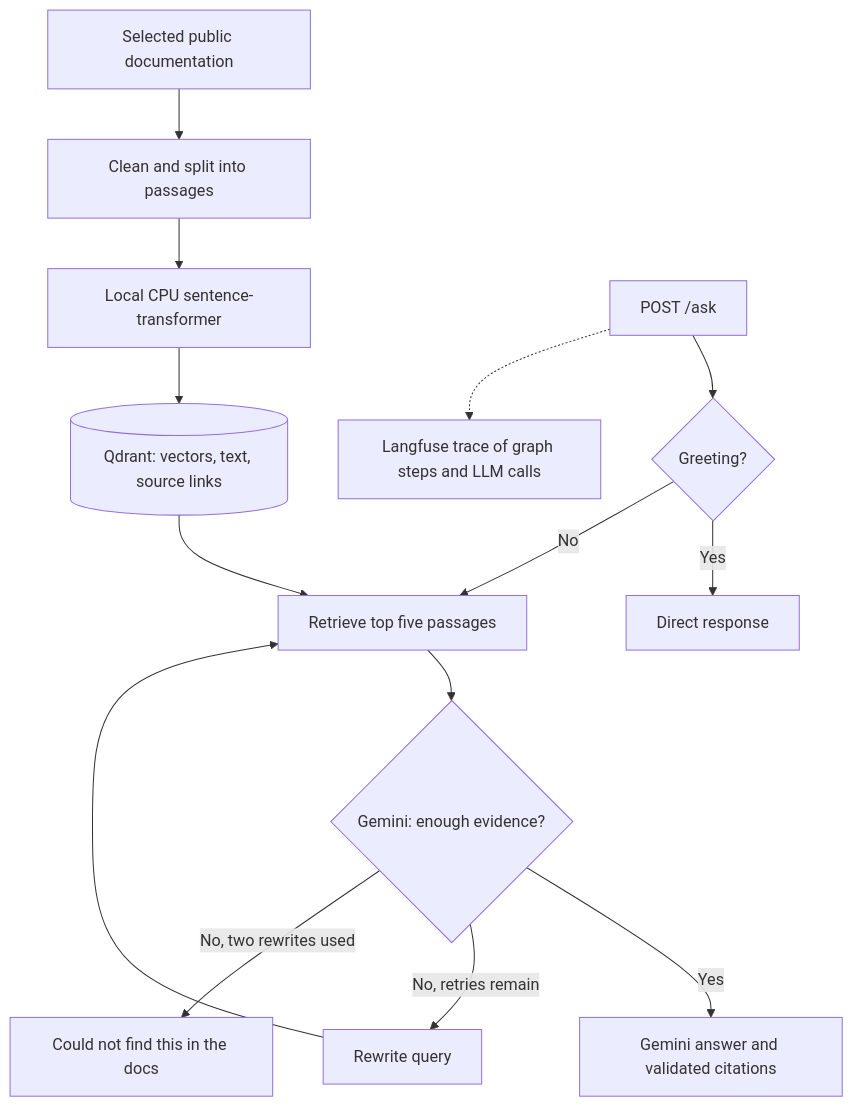
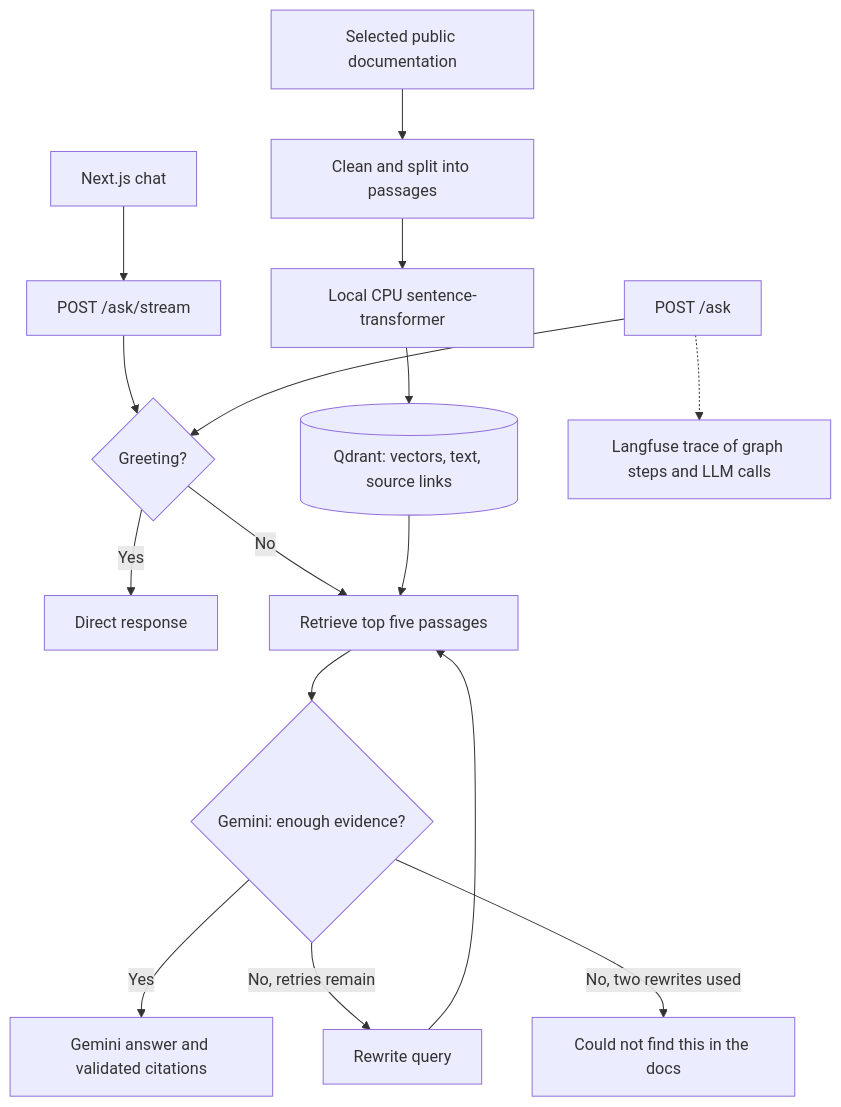
One commit to shezafarooq/docsPilot-RAG changed the diagram in README.md. Above: the diagram before and after it, drawn with Mermaid. The commit also changed other lines of this file and 35 other files, not shown here.

Commit message:
Add Next.js chat, streaming, and persistent conversation memory

````diff
--- a/README.md
+++ b/README.md
@@ -13,16 +13,18 @@
 ```mermaid
 flowchart TD
     Docs[Selected public documentation] --> Ingest[Clean and split into passages]
     Ingest --> Embed[Local CPU sentence-transformer]
     Embed --> Qdrant[(Qdrant: vectors, text, source links)]
+    Chat[Next.js chat] --> Stream[POST /ask/stream]
+    Stream --> Route
     Ask[POST /ask] --> Route{Greeting?}
     Route -->|Yes| Direct[Direct response]
     Route -->|No| Retrieve[Retrieve top five passages]
     Qdrant --> Retrieve
     Retrieve --> Grade{Gemini: enough evidence?}
     Grade -->|Yes| Answer[Gemini answer and validated citations]
     Grade -->|No, retries remain| Rewrite[Rewrite query]
     Rewrite --> Retrieve
     Grade -->|No, two rewrites used| Fallback[Could not find this in the docs]
     Ask -.-> Trace[Langfuse trace of graph steps and LLM calls]
 ```
````
